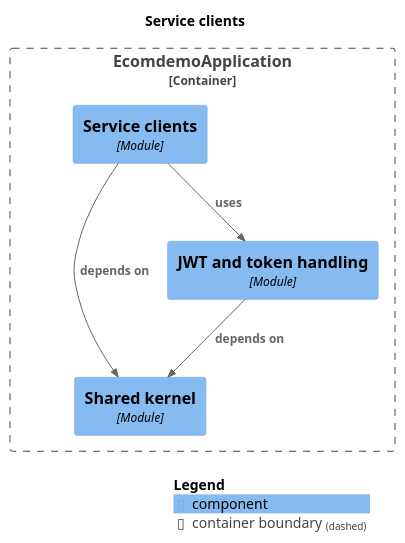
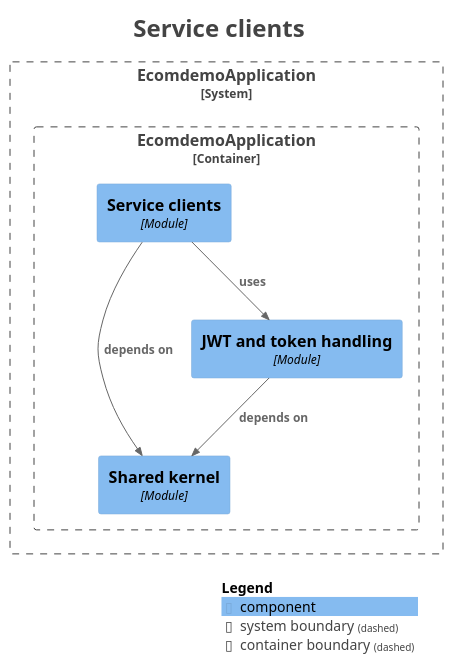
Before and after one commit to mr-sujay-patil/ecomdemo: the diagram in docs/modules/module-clients.puml, drawn with PlantUML. The commit also changed 17 other files, not shown here.

```diff
--- a/docs/modules/module-clients.puml
+++ b/docs/modules/module-clients.puml
@@ -1,22 +1,33 @@
 @startuml
+title <size:24>Service clients</size>
+
 set separator none
-title Service clients
+top to bottom direction
 
-top to bottom direction
+<style>
+  root {
+    BackgroundColor: #ffffff
+    FontColor: #444444
+  }
+</style>
 
 !include <C4/C4>
 !include <C4/C4_Context>
 !include <C4/C4_Component>
 
-Container_Boundary("EcomdemoApplication.EcomdemoApplication_boundary", "EcomdemoApplication", $tags="") {
-  Component(EcomdemoApplication.EcomdemoApplication.Serviceclients, "Service clients", $techn="Module", $descr="", $tags="", $link="")
-  Component(EcomdemoApplication.EcomdemoApplication.Sharedkernel, "Shared kernel", $techn="Module", $descr="", $tags="", $link="")
-  Component(EcomdemoApplication.EcomdemoApplication.JWTandtokenhandling, "JWT and token handling", $techn="Module", $descr="", $tags="", $link="")
+System_Boundary("EcomdemoApplication_boundary", "EcomdemoApplication", $tags="") {
+  Container_Boundary("EcomdemoApplication.EcomdemoApplication_boundary", "EcomdemoApplication", $tags="") {
+    Component(EcomdemoApplication.EcomdemoApplication.Serviceclients, "Service clients", $techn="Module", $descr="", $tags="", $link="")
+    Component(EcomdemoApplication.EcomdemoApplication.Sharedkernel, "Shared kernel", $techn="Module", $descr="", $tags="", $link="")
+    Component(EcomdemoApplication.EcomdemoApplication.JWTandtokenhandling, "JWT and token handling", $techn="Module", $descr="", $tags="", $link="")
+  }
+
 }
 
 Rel(EcomdemoApplication.EcomdemoApplication.JWTandtokenhandling, EcomdemoApplication.EcomdemoApplication.Sharedkernel, "depends on", $techn="", $tags="", $link="")
 Rel(EcomdemoApplication.EcomdemoApplication.Serviceclients, EcomdemoApplication.EcomdemoApplication.JWTandtokenhandling, "uses", $techn="", $tags="", $link="")
 Rel(EcomdemoApplication.EcomdemoApplication.Serviceclients, EcomdemoApplication.EcomdemoApplication.Sharedkernel, "depends on", $techn="", $tags="", $link="")
 
 SHOW_LEGEND(true)
+hide stereotypes
 @enduml
```
